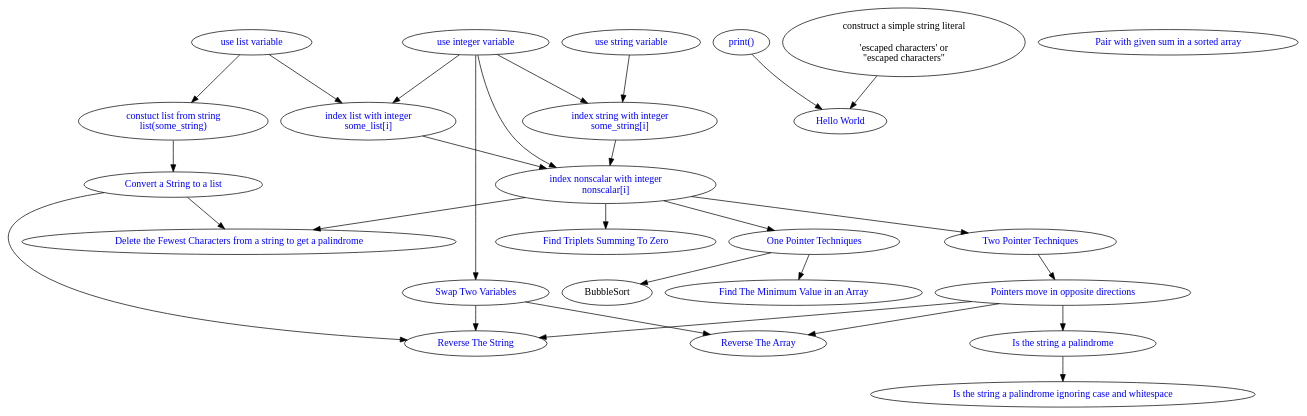
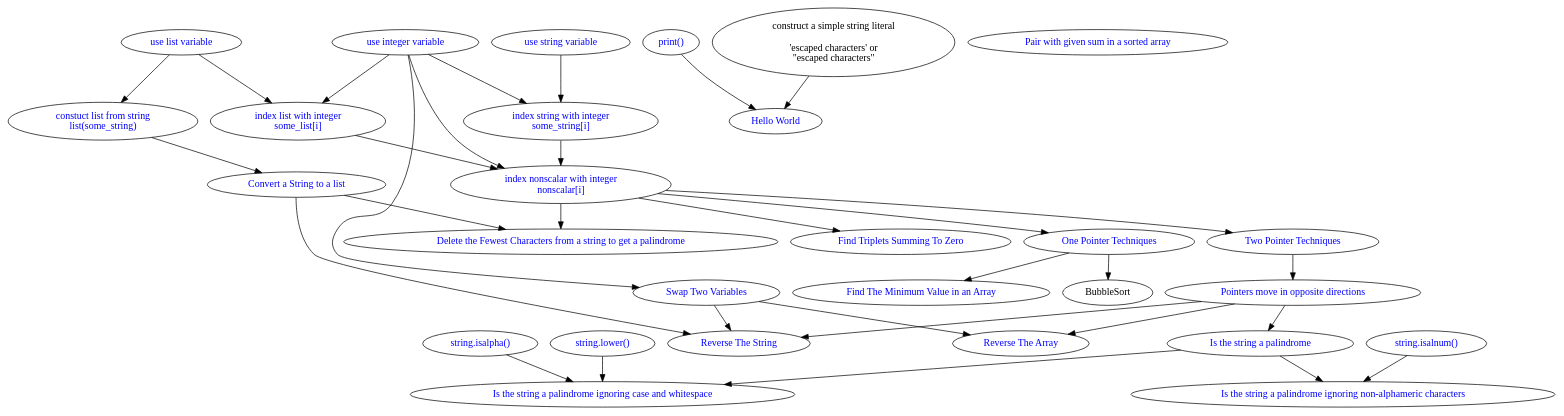
One commit to pflagerd/python-language-feature-family-tree changed the diagram in .dsa-dependency-graph/dsa-dependency-graph.dot. Above: the diagram before and after it, drawn with Graphviz.

Commit message:
Document python language dependencies.

```diff
--- a/.dsa-dependency-graph/dsa-dependency-graph.dot
+++ b/.dsa-dependency-graph/dsa-dependency-graph.dot
@@ -1,71 +1,79 @@
 #
 # An edge goes from A to B.
 # The edge and its nodes may be read as "You must know A before you can do B".
 # So <code>builtin_function_print -> HelloWorld</code> may be read "You must know (the print() built-in function) before you can do (HelloWorld)
 #
 #
 strict digraph {
 #    construct_list_from_iterable [label="variable([iterable])" href="https://docs.python.org/3/library/stdtypes.html#list" target="_blank" fontcolor="blue"]
     construct_list_from_string [label="constuct list from string\nlist(some_string)" href="https://docs.python.org/3/library/stdtypes.html#list" target="_blank" fontcolor="blue"]
     builtin_function_print [label="print()" href="https://docs.python.org/3/library/stdtypes.html#list" target="_blank" fontcolor="blue"]
     integer_variable [label="use integer variable" href="" target="_blank" fontcolor="blue"]
     builtin_nonscalar_literal_unmodified_string [label="construct a simple string literal\n\n'escaped characters' or\n\"escaped characters\""]
 #    builtin_scalar_literal_bool [label="bool literal"]
 #    builtin_scalar_literal_numeric_float [label="float literal" href="https://docs.python.org/3/reference/lexical_analysis.html#floating-point-literals" target="_blank" fontcolor="blue"]
 #    builtin_scalar_literal_numeric_int [label="integer literal" href="https://docs.python.org/3/reference/lexical_analysis.html#integer-literals" target="_blank" fontcolor="blue"]
 #    builtin_scalar_literal_None [label="None"]
 #    builtin_map_type [label="map"]
 #    builtin_set_type [label="set"]
     BubbleSort
     ConvertStringToList [label="Convert a String to a list" href="https://docs.python.org/3/reference/lexical_analysis.html#numeric-literals" target="_blank" fontcolor="blue"]
 #    complex [label="complex"]
     DeleteFewestCharactersFromStringToGetPalindrome [label="Delete the Fewest Characters from a string to get a palindrome" href="./dsa/DeleteFewestCharactersFromStringToGetPalindrome" target="_blank" fontcolor="blue"]
 #    float [label="float"]
     FindTheMinimum [label="Find The Minimum Value in an Array" href="./dsa/FindTheMinimum/problem.html" target="_blank" fontcolor="blue"]
     FindTripletsSummingToZero [label="Find Triplets Summing To Zero" href="./dsa/FindTripletsSummingToZero/problem.html" target="_blank" fontcolor="blue"]
     HelloWorld [label="Hello World" href="HelloWorld/problem.html" target="_blank" fontcolor="blue"]
     integer_indexing [label="index nonscalar with integer\nnonscalar[i]" href="" target="_blank" fontcolor="blue"]
     IsTheStringAPalindrome [label="Is the string a palindrome" href="./dsa/IsTheStringAPalindrome/problem.html" target="_blank" fontcolor="blue"]
     IsTheStringAPalindromeIgnoringCaseAndWhiteSpace [label="Is the string a palindrome ignoring case and whitespace" href="./dsa/IsTheStringAPalindromeIgnoringCaseAndWhiteSpace/problem.html" target="_blank" fontcolor="blue"]
+    IsTheStringAPalindromeIgnoringNonAlphanumeric [label="Is the string a palindrome ignoring non-alphameric characters" href="./dsa/IsTheStringAPalindromeIgnoringNonAlphaNumeric/problem.html" target="_blank" fontcolor="blue"]
     list_integer_indexing [label="index list with integer\nsome_list[i]" href="" target="_blank" fontcolor="blue"]
     list_variable [label="use list variable" href="" target="_blank" fontcolor="blue"]
     one_pointer_techniques [label="One Pointer Techniques" href="" target="_blank" fontcolor="blue"]
     PairWithGivenSumInASortedArray [label="Pair with given sum in a sorted array" href="./dsa/PairWithGivenSumInASortedArray/problem.html" target="_blank" fontcolor="blue"]
     pointers_move_in_opposite_directions [label="Pointers move in opposite directions" href="" target="_blank" fontcolor="blue"]
     ReverseTheArray [label="Reverse The Array" href="./dsa/ReverseTheArray/problem.html" target="_blank" fontcolor="blue"]
     ReverseTheString [label="Reverse The String" href="./dsa/ReverseTheString/problem.html" target="_blank" fontcolor="blue"]
     SwapTwoVariables [label="Swap Two Variables" href="./dsa/SwapTwoVariables/problem.html" target="_blank" fontcolor="blue"]
+    string_dot_isalpha [label="string.isalpha()" href="" target="_blank" fontcolor="blue"]
+    string_dot_isalnum [label="string.isalnum()" href="" target="_blank" fontcolor="blue"]
+    string_dot_lower [label="string.lower()" href="" target="_blank" fontcolor="blue"]
     string_integer_indexing [label="index string with integer\nsome_string[i]" href="" target="_blank" fontcolor="blue"]
     string_variable [label="use string variable" href="" target="_blank" fontcolor="blue"]
     two_pointer_techniques [label="Two Pointer Techniques" href="" target="_blank" fontcolor="blue"]
 
     construct_list_from_string -> ConvertStringToList
     builtin_function_print -> HelloWorld
     builtin_nonscalar_literal_unmodified_string -> HelloWorld
     ConvertStringToList -> DeleteFewestCharactersFromStringToGetPalindrome
     ConvertStringToList -> ReverseTheString
     integer_indexing -> one_pointer_techniques
     integer_indexing -> two_pointer_techniques
     integer_indexing -> two_pointer_techniques
     integer_indexing -> DeleteFewestCharactersFromStringToGetPalindrome
     integer_indexing -> FindTripletsSummingToZero
     integer_variable -> integer_indexing
     integer_variable -> list_integer_indexing
     integer_variable -> string_integer_indexing
     integer_variable -> SwapTwoVariables
     IsTheStringAPalindrome -> IsTheStringAPalindromeIgnoringCaseAndWhiteSpace
+    IsTheStringAPalindrome -> IsTheStringAPalindromeIgnoringNonAlphanumeric
     list_variable -> construct_list_from_string
     list_variable -> list_integer_indexing
     list_integer_indexing -> integer_indexing
     list_integer_indexing -> integer_indexing
     one_pointer_techniques -> FindTheMinimum
     one_pointer_techniques -> BubbleSort
     pointers_move_in_opposite_directions -> IsTheStringAPalindrome
     pointers_move_in_opposite_directions -> ReverseTheArray
     pointers_move_in_opposite_directions -> ReverseTheString
+    string_dot_isalpha -> IsTheStringAPalindromeIgnoringCaseAndWhiteSpace
+    string_dot_lower -> IsTheStringAPalindromeIgnoringCaseAndWhiteSpace
+    string_dot_isalnum -> IsTheStringAPalindromeIgnoringNonAlphanumeric
     string_integer_indexing -> integer_indexing
     string_variable -> string_integer_indexing
     SwapTwoVariables -> ReverseTheArray
     SwapTwoVariables -> ReverseTheString
     two_pointer_techniques -> pointers_move_in_opposite_directions
 }
```
